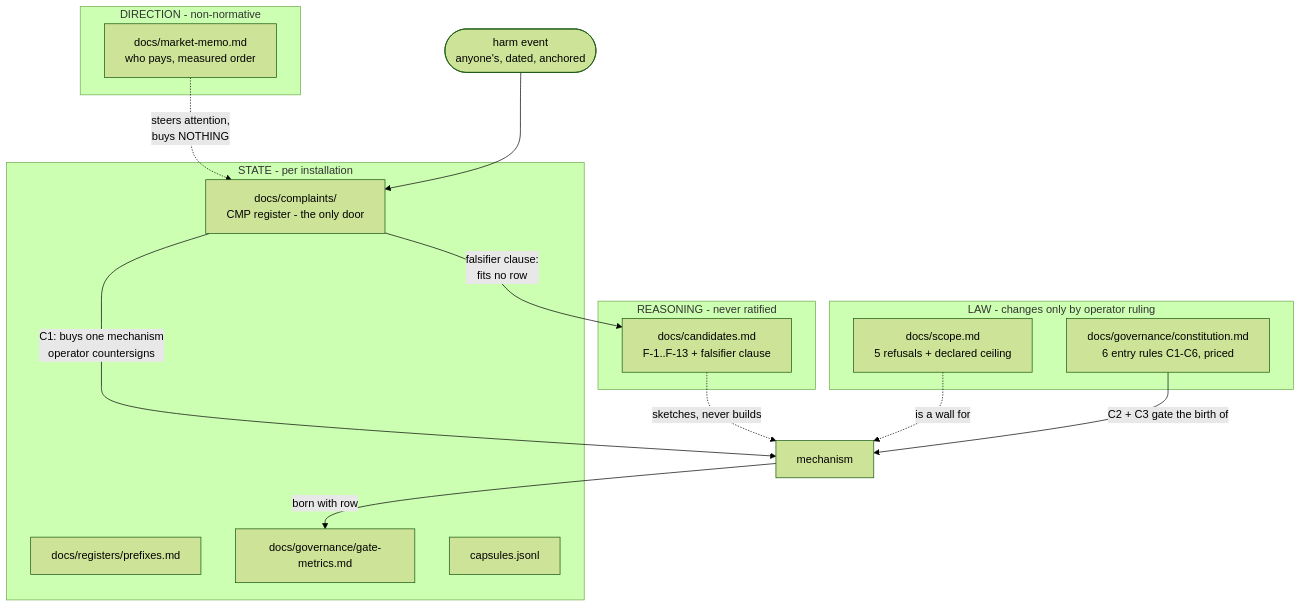
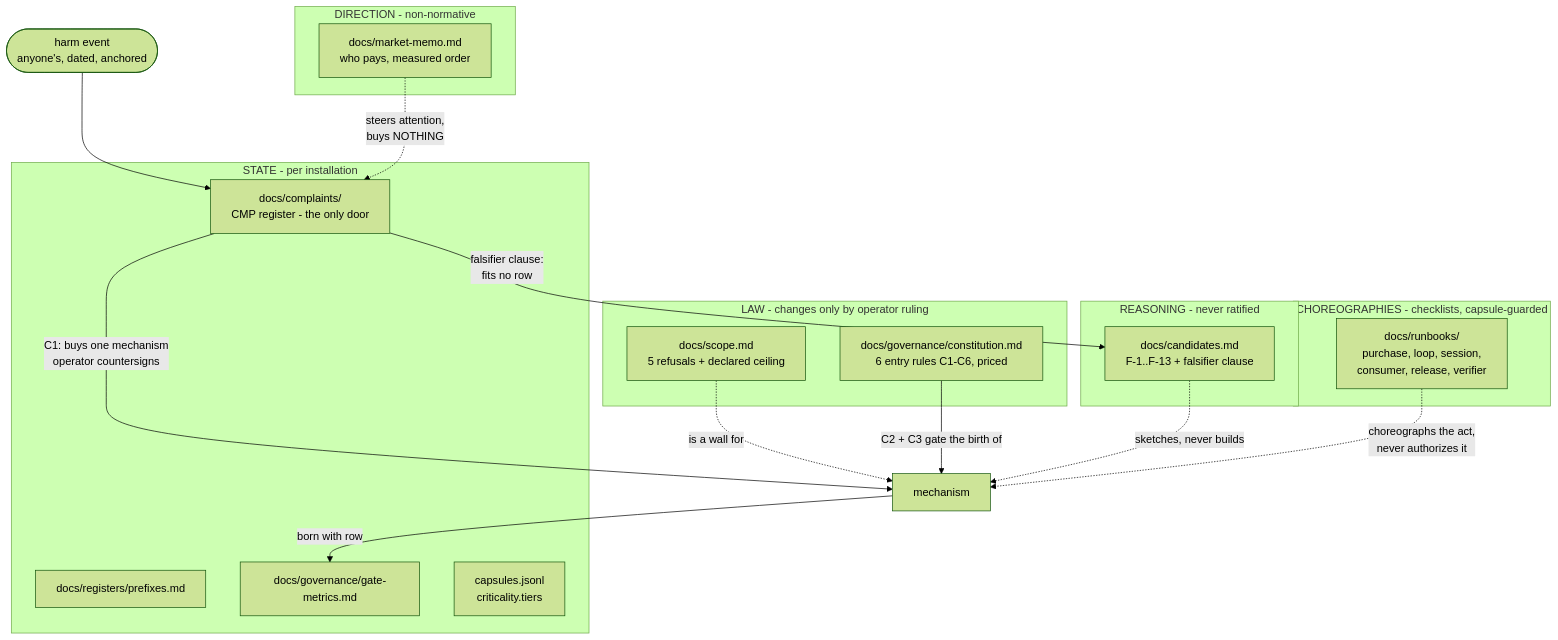
Before and after one commit to m1981/truth-ledger2: the first of 5 diagrams in docs/diagrams.md, drawn with Mermaid (forest theme). The commit also changed other lines of this file, not shown here.

First line of the commit message:
Diagrams caught lying three ways; the layers picture gains its fifth genre

````diff
--- a/docs/diagrams.md
+++ b/docs/diagrams.md
@@ -16,27 +16,31 @@
 ```mermaid
 flowchart TB
     subgraph LAW["LAW - changes only by operator ruling"]
         SCOPE["docs/scope.md<br/>5 refusals + declared ceiling"]
         CONST["docs/governance/constitution.md<br/>6 entry rules C1-C6, priced"]
     end
     subgraph REASONING["REASONING - never ratified"]
         CAND["docs/candidates.md<br/>F-1..F-13 + falsifier clause"]
     end
+    subgraph CHOREO["CHOREOGRAPHIES - checklists, capsule-guarded"]
+        RUNB["docs/runbooks/<br/>purchase, loop, session,<br/>consumer, release, verifier"]
+    end
     subgraph DIRECTION["DIRECTION - non-normative"]
         MEMO["docs/market-memo.md<br/>who pays, measured order"]
     end
     subgraph STATE["STATE - per installation"]
         CMPS["docs/complaints/<br/>CMP register - the only door"]
         REGS["docs/registers/prefixes.md"]
         METRICS["docs/governance/gate-metrics.md"]
-        CAPS["capsules.jsonl"]
+        CAPS["capsules.jsonl<br/>criticality.tiers"]
     end
     HARM(["harm event<br/>anyone's, dated, anchored"]) --> CMPS
     CMPS -- "C1: buys one mechanism<br/>operator countersigns" --> MECH["mechanism"]
     CMPS -- "falsifier clause:<br/>fits no row" --> CAND
     SCOPE -. "is a wall for" .-> MECH
     CONST -- "C2 + C3 gate the birth of" --> MECH
     MEMO -. "steers attention,<br/>buys NOTHING" .-> CMPS
     MECH -- "born with row" --> METRICS
     CAND -. "sketches, never builds" .-> MECH
+    RUNB -. "choreographs the act,<br/>never authorizes it" .-> MECH
 ```
````
